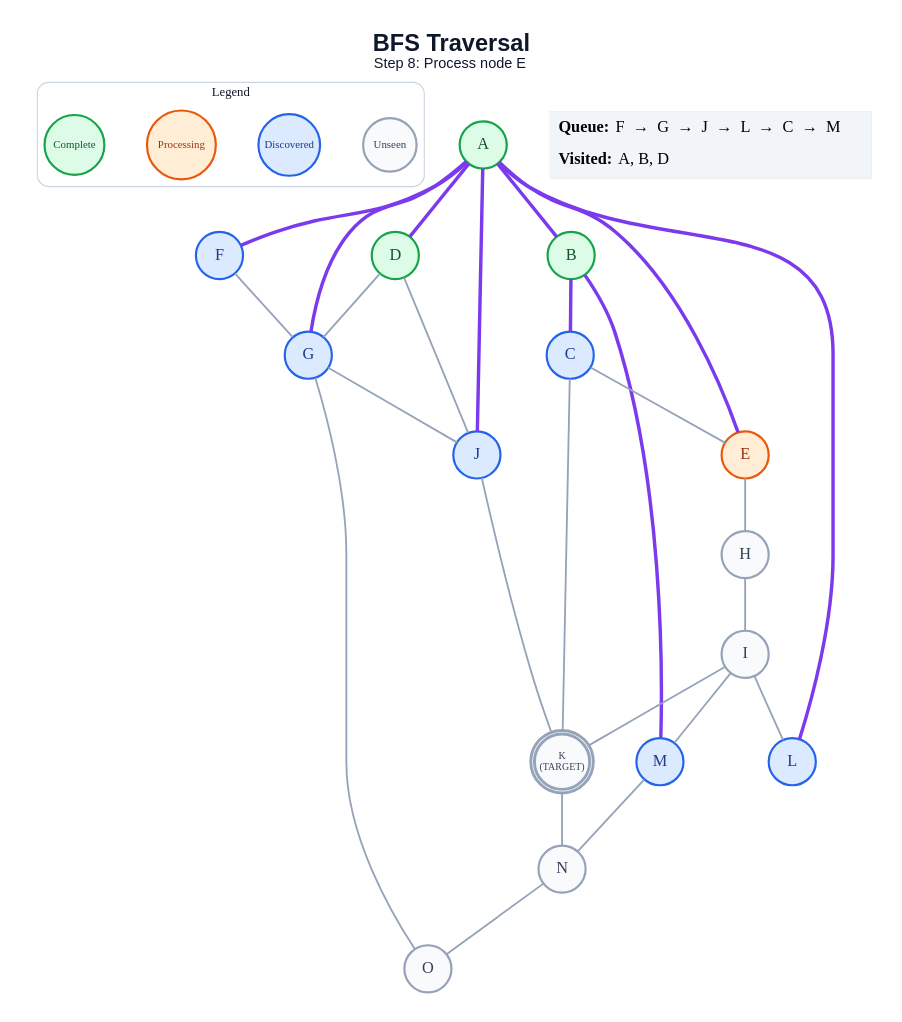
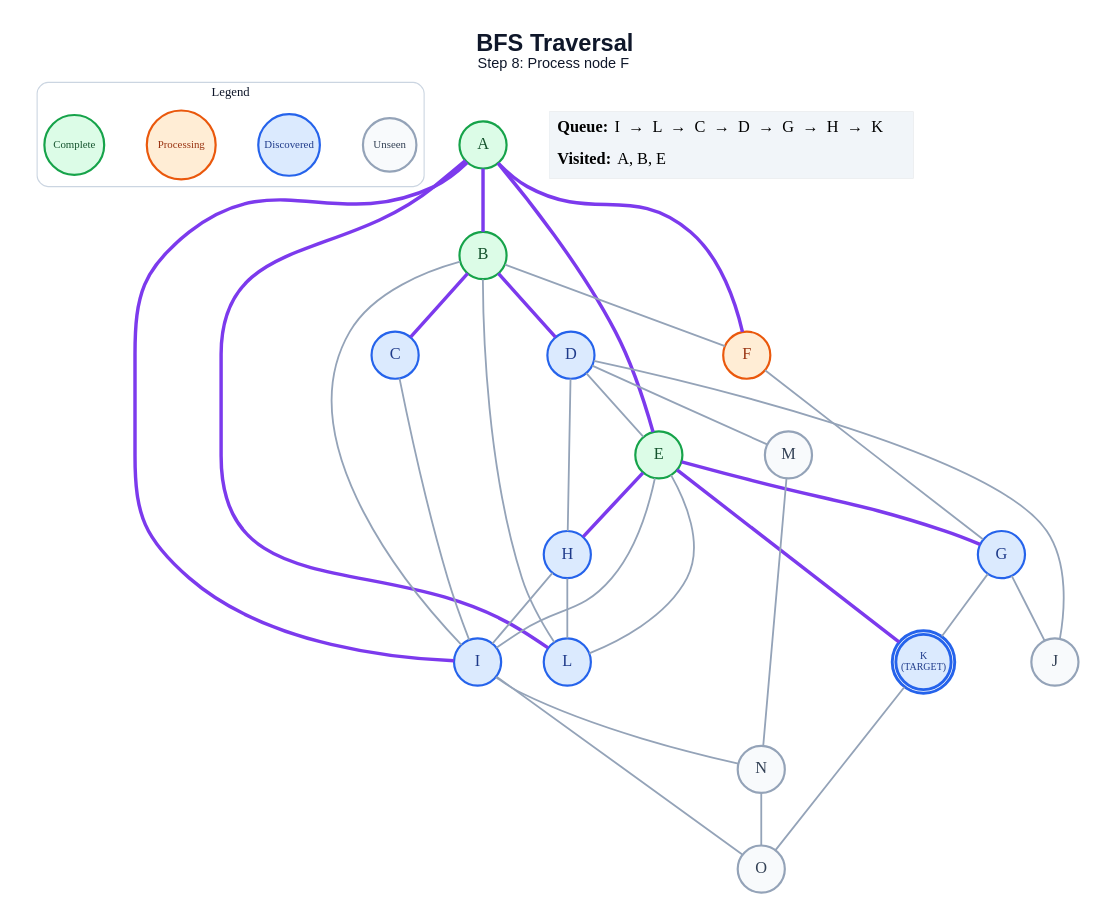
One commit to anon7238593-create/ai-slop changed the diagram in generated/bfs/step_08.dot. Above: the diagram before and after it, drawn with Graphviz. The commit also changed 263 other files, not shown here.

```diff
--- a/generated/bfs/step_08.dot
+++ b/generated/bfs/step_08.dot
@@ -1,59 +1,64 @@
 graph traversal {
   graph [layout=dot, rankdir=TB, bgcolor="#FFFFFF", pad="0.35", nodesep="0.65", ranksep="0.8", fontname="Arial"];
   node [shape=circle, style="filled", fontname="Arial Bold", fontsize=18, width=0.72, fixedsize=true, penwidth=2.4];
   edge [color="#94A3B8", penwidth=2.0];
-  label=<<B>BFS Traversal</B><BR/><FONT POINT-SIZE="16">Step 8: Process node E</FONT>>; labelloc="t"; fontsize=26; fontname="Arial"; fontcolor="#0F172A";
+  label=<<B>BFS Traversal</B><BR/><FONT POINT-SIZE="16">Step 8: Process node F</FONT>>; labelloc="t"; fontsize=26; fontname="Arial"; fontcolor="#0F172A";
   subgraph cluster_legend { label="Legend"; color="#CBD5E1"; penwidth=1.2; style="rounded"; fontsize=14; fontname="Arial Bold";
     key_unseen [label="Unseen", fillcolor="#F8FAFC", color="#94A3B8", fontcolor="#334155", fontsize=12, width=0.82];
     key_frontier [label="Discovered", fillcolor="#DBEAFE", color="#2563EB", fontcolor="#1E3A8A", fontsize=12, width=0.95];
     key_current [label="Processing", fillcolor="#FFEDD5", color="#EA580C", fontcolor="#9A3412", fontsize=12, width=1.05];
     key_done [label="Complete", fillcolor="#DCFCE7", color="#16A34A", fontcolor="#14532D", fontsize=12, width=0.92];
     { rank=same; key_unseen; key_frontier; key_current; key_done; }
   }
   A [label="A", fillcolor="#DCFCE7", color="#16A34A", fontcolor="#14532D", peripheries=1, penwidth=2.4];
   B [label="B", fillcolor="#DCFCE7", color="#16A34A", fontcolor="#14532D", peripheries=1, penwidth=2.4];
   C [label="C", fillcolor="#DBEAFE", color="#2563EB", fontcolor="#1E3A8A", peripheries=1, penwidth=2.4];
-  D [label="D", fillcolor="#DCFCE7", color="#16A34A", fontcolor="#14532D", peripheries=1, penwidth=2.4];
-  E [label="E", fillcolor="#FFEDD5", color="#EA580C", fontcolor="#9A3412", peripheries=1, penwidth=2.4];
-  F [label="F", fillcolor="#DBEAFE", color="#2563EB", fontcolor="#1E3A8A", peripheries=1, penwidth=2.4];
+  D [label="D", fillcolor="#DBEAFE", color="#2563EB", fontcolor="#1E3A8A", peripheries=1, penwidth=2.4];
+  E [label="E", fillcolor="#DCFCE7", color="#16A34A", fontcolor="#14532D", peripheries=1, penwidth=2.4];
+  F [label="F", fillcolor="#FFEDD5", color="#EA580C", fontcolor="#9A3412", peripheries=1, penwidth=2.4];
   G [label="G", fillcolor="#DBEAFE", color="#2563EB", fontcolor="#1E3A8A", peripheries=1, penwidth=2.4];
-  H [label="H", fillcolor="#F8FAFC", color="#94A3B8", fontcolor="#334155", peripheries=1, penwidth=2.4];
-  I [label="I", fillcolor="#F8FAFC", color="#94A3B8", fontcolor="#334155", peripheries=1, penwidth=2.4];
-  J [label="J", fillcolor="#DBEAFE", color="#2563EB", fontcolor="#1E3A8A", peripheries=1, penwidth=2.4];
-  K [label="K\n(TARGET)", fillcolor="#F8FAFC", color="#94A3B8", fontcolor="#334155", peripheries=2, penwidth=3.2, fontsize=11, width=0.85, height=0.85];
+  H [label="H", fillcolor="#DBEAFE", color="#2563EB", fontcolor="#1E3A8A", peripheries=1, penwidth=2.4];
+  I [label="I", fillcolor="#DBEAFE", color="#2563EB", fontcolor="#1E3A8A", peripheries=1, penwidth=2.4];
+  J [label="J", fillcolor="#F8FAFC", color="#94A3B8", fontcolor="#334155", peripheries=1, penwidth=2.4];
+  K [label="K\n(TARGET)", fillcolor="#DBEAFE", color="#2563EB", fontcolor="#1E3A8A", peripheries=2, penwidth=3.2, fontsize=11, width=0.85, height=0.85];
   L [label="L", fillcolor="#DBEAFE", color="#2563EB", fontcolor="#1E3A8A", peripheries=1, penwidth=2.4];
-  M [label="M", fillcolor="#DBEAFE", color="#2563EB", fontcolor="#1E3A8A", peripheries=1, penwidth=2.4];
+  M [label="M", fillcolor="#F8FAFC", color="#94A3B8", fontcolor="#334155", peripheries=1, penwidth=2.4];
   N [label="N", fillcolor="#F8FAFC", color="#94A3B8", fontcolor="#334155", peripheries=1, penwidth=2.4];
   O [label="O", fillcolor="#F8FAFC", color="#94A3B8", fontcolor="#334155", peripheries=1, penwidth=2.4];
   A -- B [color="#7C3AED", penwidth=3.8];
-  A -- D [color="#7C3AED", penwidth=3.8];
   A -- E [color="#7C3AED", penwidth=3.8];
   A -- F [color="#7C3AED", penwidth=3.8];
-  A -- G [color="#7C3AED", penwidth=3.8];
-  A -- J [color="#7C3AED", penwidth=3.8];
+  A -- I [color="#7C3AED", penwidth=3.8];
   A -- L [color="#7C3AED", penwidth=3.8];
   B -- C [color="#7C3AED", penwidth=3.8];
-  B -- M [color="#7C3AED", penwidth=3.8];
-  C -- E;
-  C -- K;
-  D -- G;
+  B -- D [color="#7C3AED", penwidth=3.8];
+  B -- F;
+  B -- I;
+  B -- L;
+  C -- I;
+  D -- E;
+  D -- H;
   D -- J;
-  E -- H;
+  D -- M;
+  E -- G [color="#7C3AED", penwidth=3.8];
+  E -- H [color="#7C3AED", penwidth=3.8];
+  E -- I;
+  E -- K [color="#7C3AED", penwidth=3.8];
+  E -- L;
   F -- G;
   G -- J;
-  G -- O;
+  G -- K;
   H -- I;
-  I -- K;
-  I -- L;
-  I -- M;
-  J -- K;
-  K -- N;
+  H -- L;
+  I -- N;
+  I -- O;
+  K -- O;
   M -- N;
   N -- O;
   status [shape=plain, fixedsize=false, width=0, height=0, margin=0, label=<
     <TABLE BORDER="0" CELLBORDER="0" CELLPADDING="7" BGCOLOR="#F1F5F9">
-      <TR><TD ALIGN="LEFT"><B>Queue:</B> F  →  G  →  J  →  L  →  C  →  M</TD></TR>
-      <TR><TD ALIGN="LEFT"><B>Visited:</B> A, B, D</TD></TR>
+      <TR><TD ALIGN="LEFT"><B>Queue:</B> I  →  L  →  C  →  D  →  G  →  H  →  K</TD></TR>
+      <TR><TD ALIGN="LEFT"><B>Visited:</B> A, B, E</TD></TR>
     </TABLE>
   >];
 }
```
